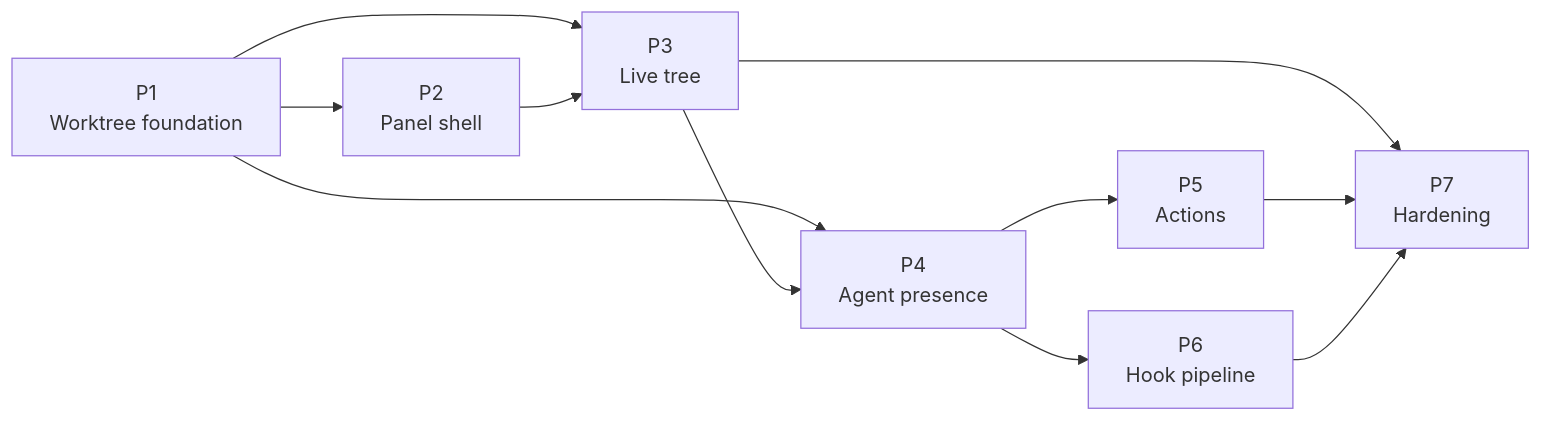
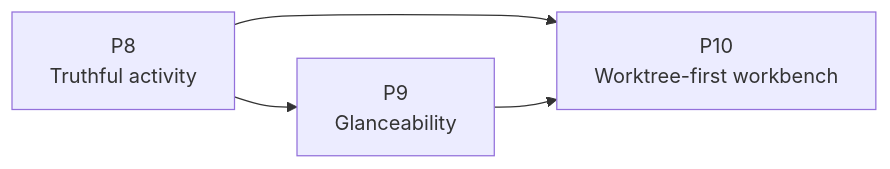
One commit to Asimov-Syntax/anywhere-terminal changed the diagram in docs/PLAN.md. Above: the diagram before and after it, drawn with Mermaid. The commit also changed other lines of this file and 14 other files, not shown here.

````diff
--- a/docs/PLAN.md
+++ b/docs/PLAN.md
@@ -49,13 +63,6 @@
 ```mermaid
 flowchart LR
-    P1[P1<br>Worktree foundation] --> P2[P2<br>Panel shell]
-    P1 --> P3[P3<br>Live tree]
-    P1 --> P4[P4<br>Agent presence]
-    P2 --> P3
-    P3 --> P4
-    P4 --> P5[P5<br>Actions]
-    P3 --> P7[P7<br>Hardening]
-    P4 --> P6[P6<br>Hook pipeline]
-    P5 --> P7
-    P6 --> P7
+    P8[P8<br>Truthful activity] --> P9[P9<br>Glanceability]
+    P8 --> P10[P10<br>Worktree-first workbench]
+    P9 --> P10
 ```
````
